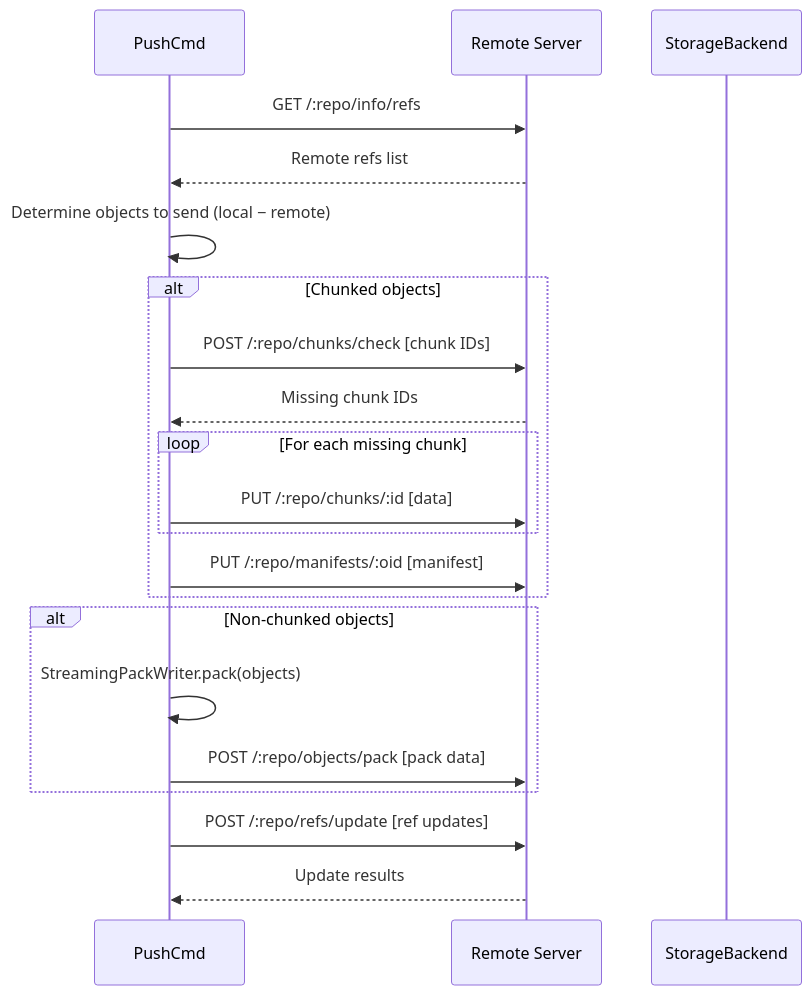
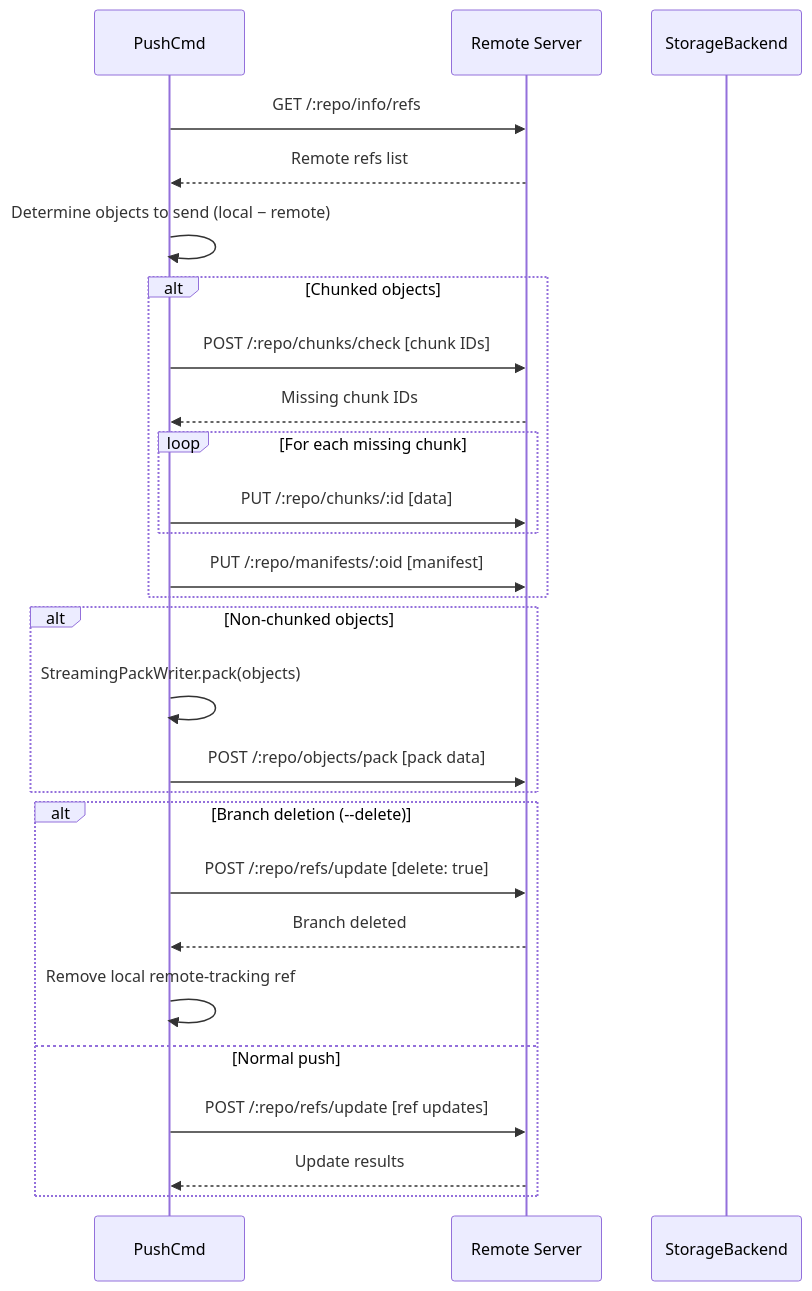
Before and after one commit to winnyboy5/mediagit-core: the tenth of 12 diagrams in ARCHITECTURE.md, drawn with Mermaid. The commit also changed other lines of this file and 36 other files, not shown here.

````diff
--- a/ARCHITECTURE.md
+++ b/ARCHITECTURE.md
@@ -719,28 +724,34 @@
 ```mermaid
 sequenceDiagram
     participant CLI as PushCmd
     participant Server as Remote Server
     participant BE as StorageBackend
 
     CLI->>Server: GET /:repo/info/refs
     Server-->>CLI: Remote refs list
 
     CLI->>CLI: Determine objects to send (local − remote)
 
     alt Chunked objects
         CLI->>Server: POST /:repo/chunks/check [chunk IDs]
         Server-->>CLI: Missing chunk IDs
         loop For each missing chunk
             CLI->>Server: PUT /:repo/chunks/:id [data]
         end
         CLI->>Server: PUT /:repo/manifests/:oid [manifest]
     end
 
     alt Non-chunked objects
         CLI->>CLI: StreamingPackWriter.pack(objects)
         CLI->>Server: POST /:repo/objects/pack [pack data]
     end
 
-    CLI->>Server: POST /:repo/refs/update [ref updates]
-    Server-->>CLI: Update results
+    alt Branch deletion (--delete)
+        CLI->>Server: POST /:repo/refs/update [delete: true]
+        Server-->>CLI: Branch deleted
+        CLI->>CLI: Remove local remote-tracking ref
+    else Normal push
+        CLI->>Server: POST /:repo/refs/update [ref updates]
+        Server-->>CLI: Update results
+    end
 ```
````
